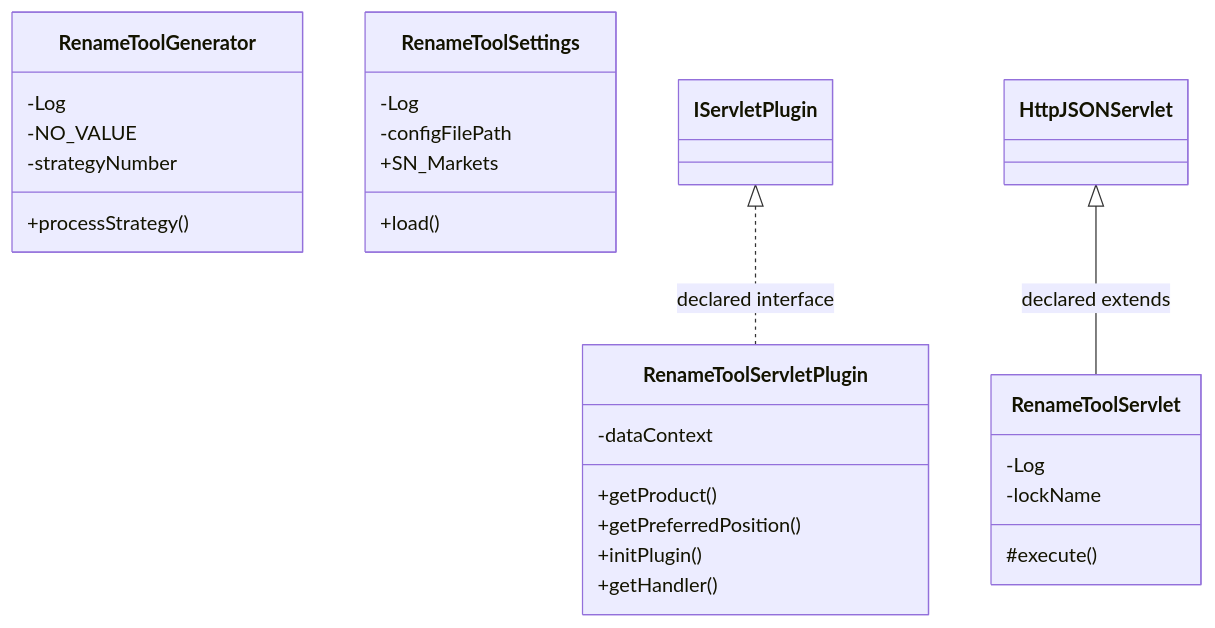
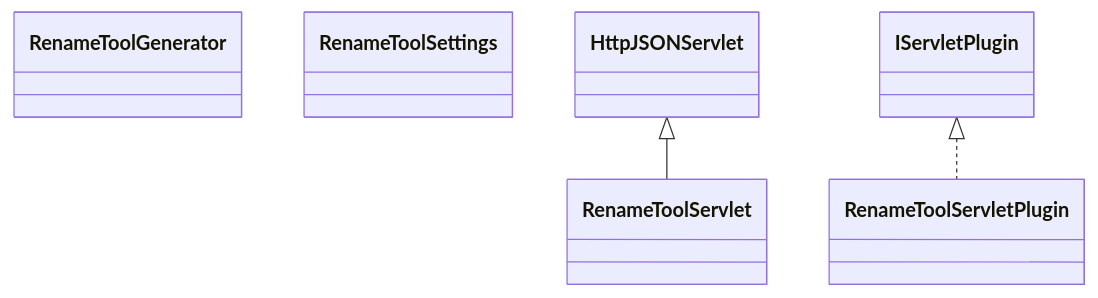
Before and after one commit to haruperi/HaruQuantAI: the diagram in docs/sqx/Shared/ServletRenameTool.md, drawn with Mermaid. The commit also changed other lines of this file and 1688 other files, not shown here.

````diff
--- a/docs/sqx/Shared/ServletRenameTool.md
+++ b/docs/sqx/Shared/ServletRenameTool.md
@@ -30,31 +26,11 @@
 ```mermaid
 classDiagram
-    class C0c430da188b2["RenameToolGenerator"] {
-        -Log
-        -NO_VALUE
-        -strategyNumber
-        +processStrategy()
-    }
-    class Ce87843eb33ee["RenameToolServlet"] {
-        -Log
-        -lockName
-        #execute()
-    }
-    class C6636e0736a0d["RenameToolServletPlugin"] {
-        -dataContext
-        +getProduct()
-        +getPreferredPosition()
-        +initPlugin()
-        +getHandler()
-    }
-    class C88c3a20a1e96["RenameToolSettings"] {
-        -Log
-        -configFilePath
-        +SN_Markets
-        +load()
-    }
-    class C249b5c671b1a["IServletPlugin"]
-    class C8900f90ae594["HttpJSONServlet"]
-    C8900f90ae594 <|-- Ce87843eb33ee : declared extends
-    C249b5c671b1a <|.. C6636e0736a0d : declared interface
+    class C0["RenameToolGenerator"]
+    class C1["RenameToolServlet"]
+    class C2["RenameToolServletPlugin"]
+    class C3["RenameToolSettings"]
+    class E0["HttpJSONServlet"]
+    E0 <|-- C1
+    class E1["IServletPlugin"]
+    E1 <|.. C2
 ```
````
